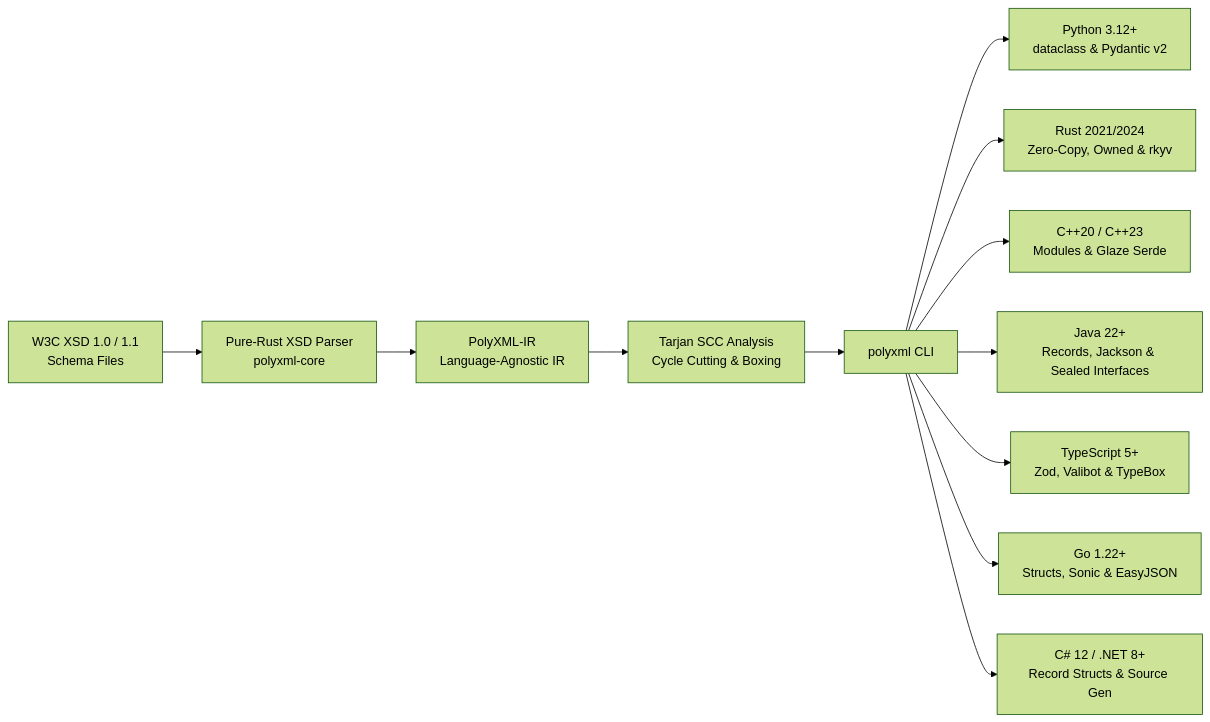
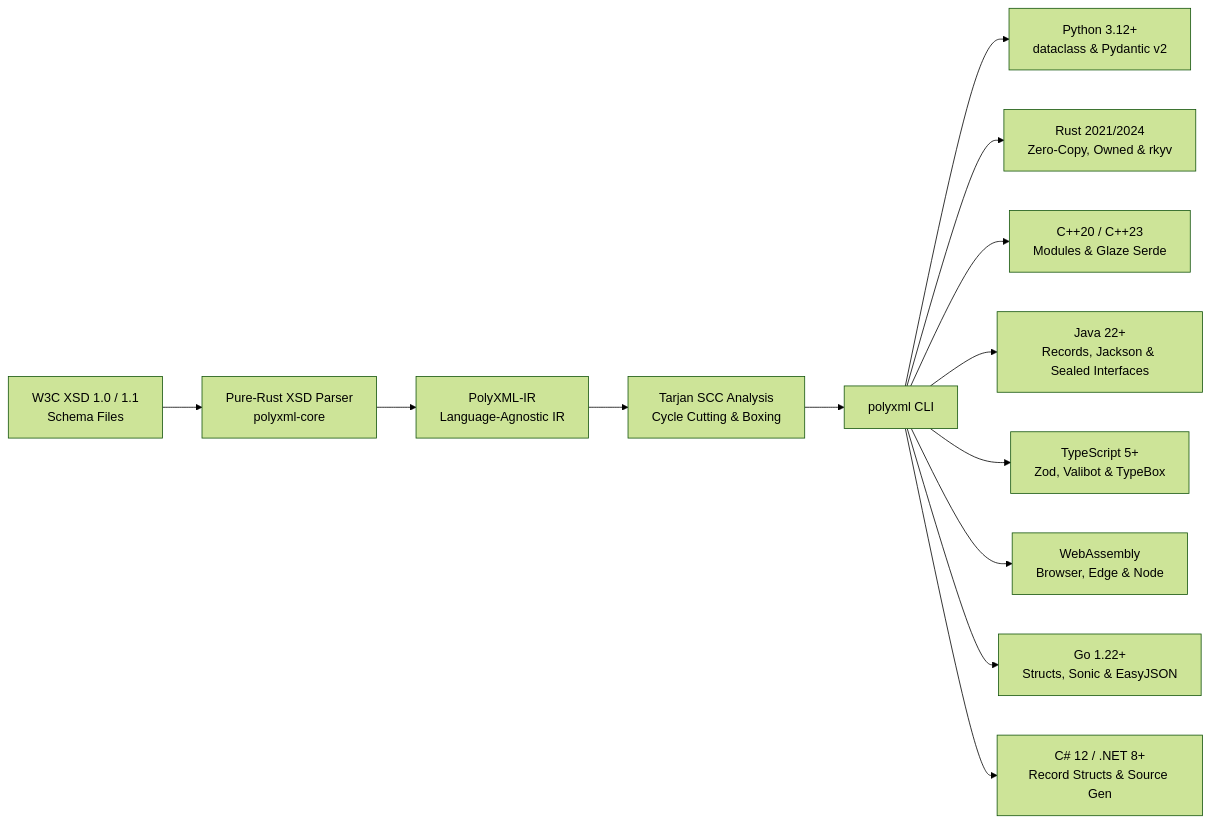
One commit to polyxml/PolyXML changed the first of 2 diagrams in docs/index.md. Above: the diagram before and after it, drawn with Mermaid (forest theme). The commit also changed other lines of this file and 6 other files, not shown here.

Commit message:
docs: improve navigation hierarchy, add transcoding guide, update diagrams to 8 runtimes, and add split-units flags

````diff
--- a/docs/index.md
+++ b/docs/index.md
@@ -77,14 +80,15 @@
 ```mermaid
 flowchart LR
     XSD[W3C XSD 1.0 / 1.1<br/>Schema Files] --> PARSER[Pure-Rust XSD Parser<br/>polyxml-core]
     PARSER --> IR[PolyXML-IR<br/>Language-Agnostic IR]
     IR --> TARJAN[Tarjan SCC Analysis<br/>Cycle Cutting & Boxing]
     TARJAN --> CLI[polyxml CLI]
     CLI --> PY[Python 3.12+<br/>dataclass & Pydantic v2]
     CLI --> RS[Rust 2021/2024<br/>Zero-Copy, Owned & rkyv]
     CLI --> CPP2[C++20 / C++23<br/>Modules & Glaze Serde]
     CLI --> JV[Java 22+<br/>Records, Jackson & Sealed Interfaces]
     CLI --> TS2[TypeScript 5+<br/>Zod, Valibot & TypeBox]
+    CLI --> WASM[WebAssembly<br/>Browser, Edge & Node]
     CLI --> GO2[Go 1.22+<br/>Structs, Sonic & EasyJSON]
     CLI --> CS[C# 12 / .NET 8+<br/>Record Structs & Source Gen]
 ```
````
